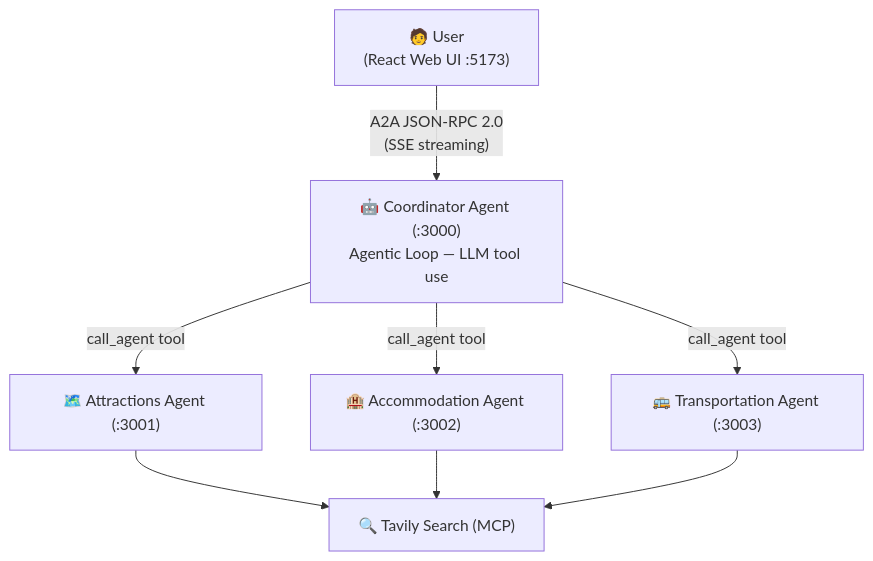
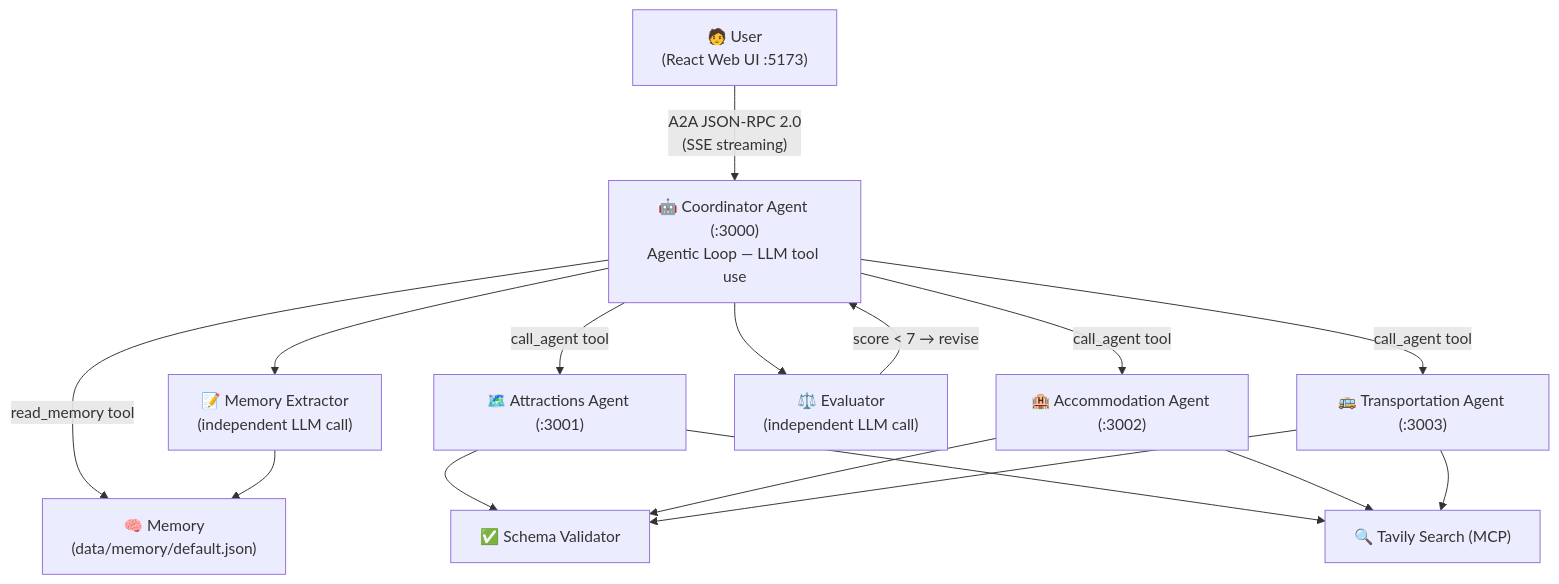
One commit to Pin-Han/travel-agent-coordinator changed the diagram in README.md. Above: the diagram before and after it, drawn with Mermaid. The commit also changed other lines of this file and 23 other files, not shown here.

````diff
--- a/README.md
+++ b/README.md
@@ -7,17 +7,29 @@
 ```mermaid
 graph TD
     User["🧑 User\n(React Web UI :5173)"]
     Coord["🤖 Coordinator Agent (:3000)\nAgentic Loop — LLM tool use"]
+    Mem["🧠 Memory\n(data/memory/default.json)"]
     Attr["🗺️ Attractions Agent (:3001)"]
     Accom["🏨 Accommodation Agent (:3002)"]
     Trans["🚌 Transportation Agent (:3003)"]
+    Eval["⚖️ Evaluator\n(independent LLM call)"]
+    MemExt["📝 Memory Extractor\n(independent LLM call)"]
+    Schema["✅ Schema Validator"]
     Tavily["🔍 Tavily Search (MCP)"]
 
     User -->|"A2A JSON-RPC 2.0\n(SSE streaming)"| Coord
+    Coord -->|"read_memory tool"| Mem
     Coord -->|"call_agent tool"| Attr
     Coord -->|"call_agent tool"| Accom
     Coord -->|"call_agent tool"| Trans
+    Attr --> Schema
+    Accom --> Schema
+    Trans --> Schema
     Attr --> Tavily
     Accom --> Tavily
     Trans --> Tavily
+    Coord --> Eval
+    Eval -->|"score < 7 → revise"| Coord
+    Coord --> MemExt
+    MemExt --> Mem
 ```
````
